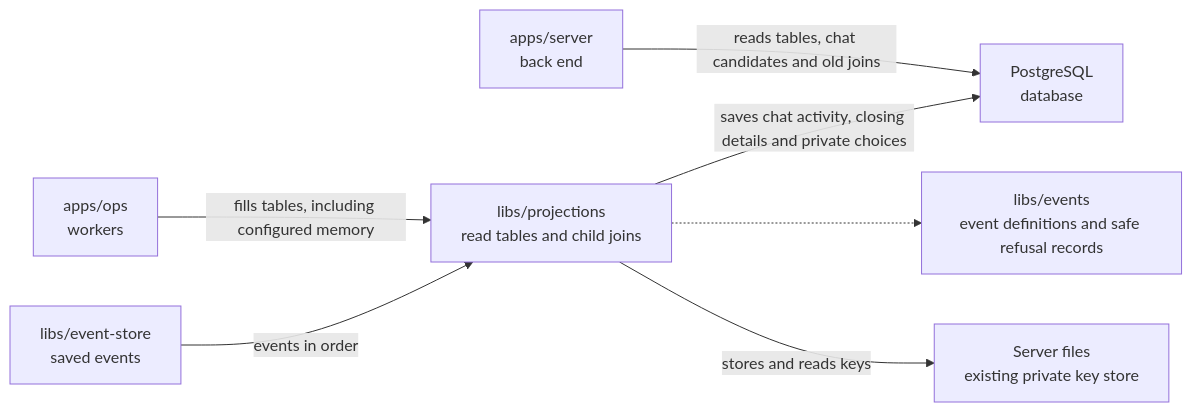
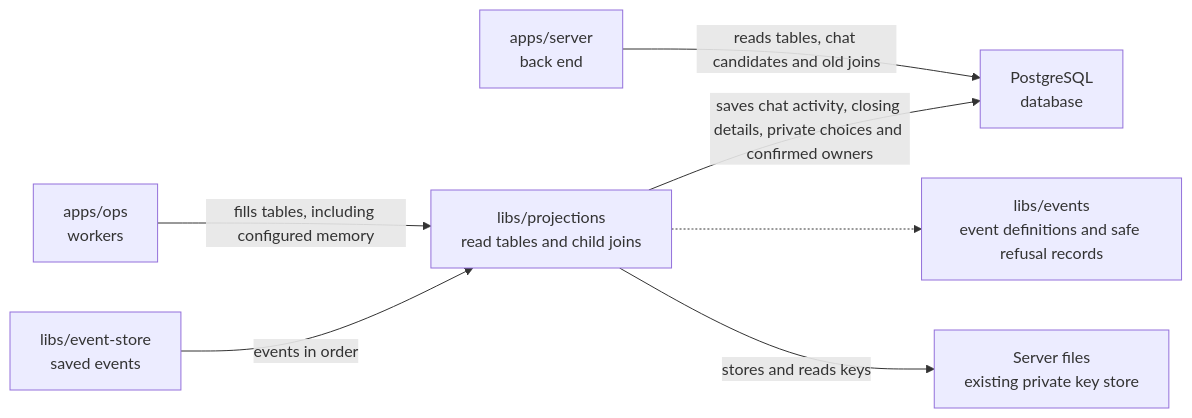
One commit to elewa-git/opencrane-new changed the diagram in libs/projections/README.md. Above: the diagram before and after it, drawn with Mermaid. The commit also changed other lines of this file and 41 other files, not shown here.

````diff
--- a/libs/projections/README.md
+++ b/libs/projections/README.md
@@ -23,9 +23,9 @@
 ```mermaid
 flowchart LR
   ops["apps/ops<br/>workers"] -->|fills tables, including configured memory| projections["libs/projections<br/>read tables and child joins"]
   server["apps/server<br/>back end"] -->|reads tables, chat candidates and old joins| pg["PostgreSQL<br/>database"]
-  projections -->|saves chat activity, closing details and private choices| pg
+  projections -->|saves chat activity, closing details, private choices and confirmed owners| pg
   store["libs/event-store<br/>saved events"] -->|events in order| projections
   projections -.-> events["libs/events<br/>event definitions and safe refusal records"]
   projections -->|stores and reads keys| keys["Server files<br/>existing private key store"]
 ```
````
